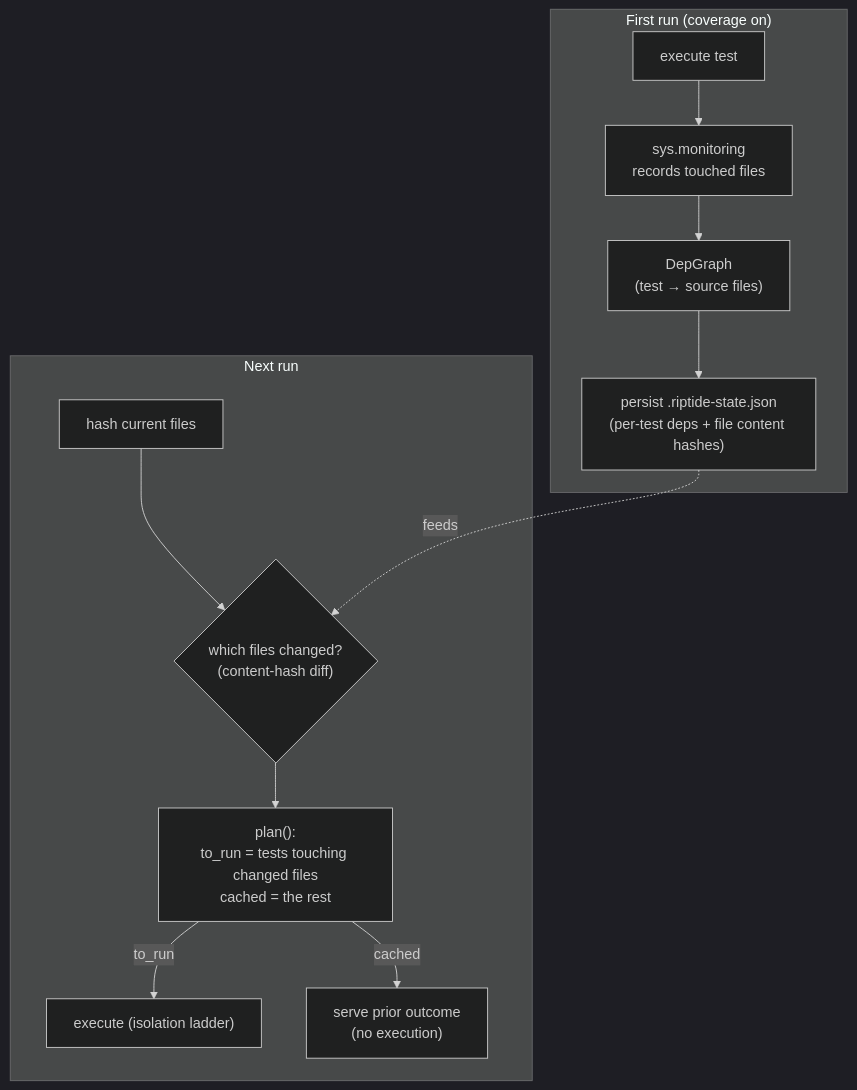
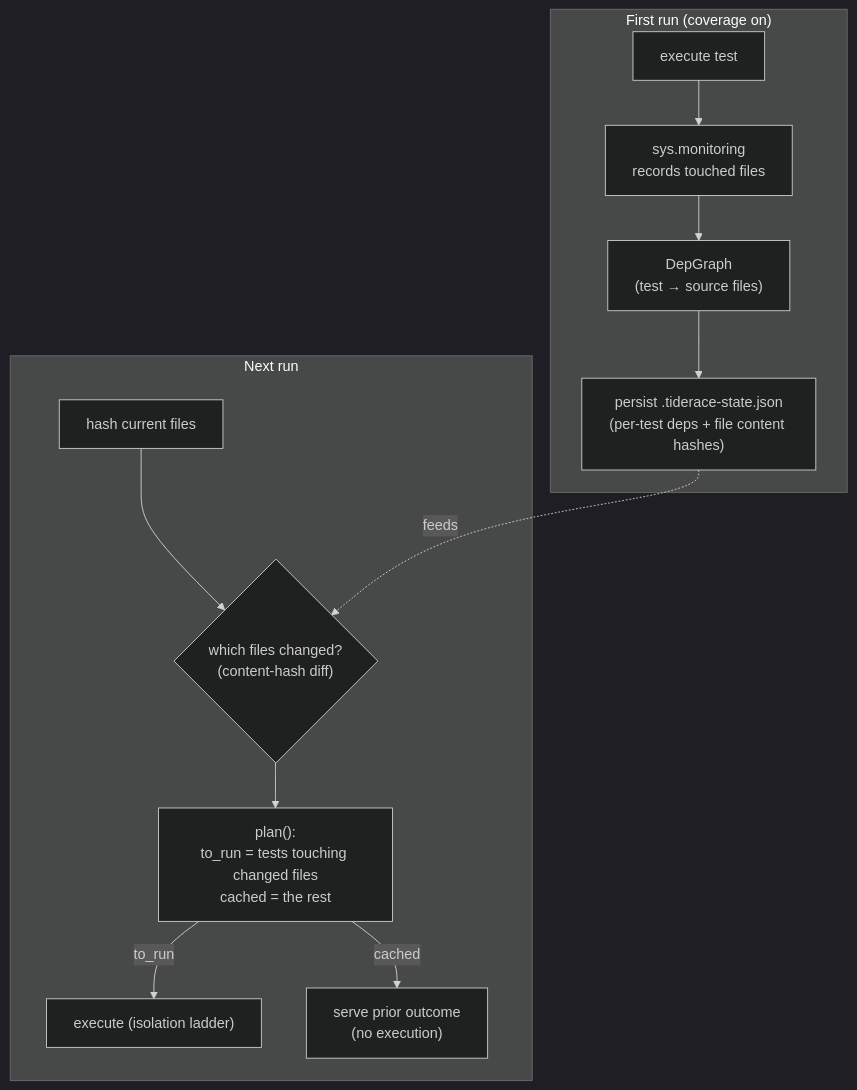
One commit to snoodleboot-io/tiderace changed the diagram in docs/design/impact-analysis.md. Above: the diagram before and after it, drawn with Mermaid (dark theme). The commit also changed other lines of this file and 122 other files, not shown here.

First line of the commit message:
rename: riptide -> tiderace across the whole product (#17)

````diff
--- a/docs/design/impact-analysis.md
+++ b/docs/design/impact-analysis.md
@@ -9,15 +9,15 @@
 ```mermaid
 flowchart TB
     subgraph run1["First run (coverage on)"]
         EXE["execute test"] --> MON["sys.monitoring<br/>records touched files"]
         MON --> DG["DepGraph<br/>(test → source files)"]
-        DG --> ST["persist .riptide-state.json<br/>(per-test deps + file content hashes)"]
+        DG --> ST["persist .tiderace-state.json<br/>(per-test deps + file content hashes)"]
     end
     subgraph run2["Next run"]
         HASH["hash current files"] --> CHG{"which files changed?<br/>(content-hash diff)"}
         CHG --> PLAN["plan():<br/>to_run = tests touching changed files<br/>cached = the rest"]
         PLAN -->|to_run| RERUN["execute (isolation ladder)"]
         PLAN -->|cached| SERVE["serve prior outcome<br/>(no execution)"]
     end
     ST -.feeds.-> CHG
 ```
````
